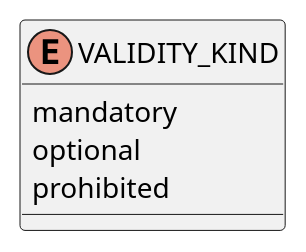
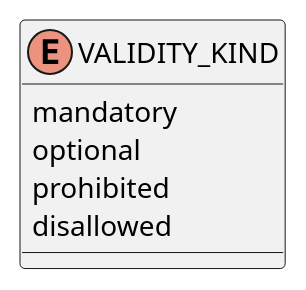
The diagram in code/Adoc/openehr_base_1.3.0/plantUML/classes/validity_kind.adoc (sebastian-iancu/code-generator), drawn with PlantUML before and after one commit. The commit also changed 421 other files, not shown here.

```diff
--- a/code/Adoc/openehr_base_1.3.0/plantUML/classes/validity_kind.adoc
+++ b/code/Adoc/openehr_base_1.3.0/plantUML/classes/validity_kind.adoc
@@ -1,13 +1,14 @@
 [plantuml,VALIDITY_KIND,format=svg]
 -----
 @startuml
 
 enum VALIDITY_KIND {
   mandatory 
   optional 
   prohibited 
+  disallowed 
 }
 
 
 @enduml
 -----
```
